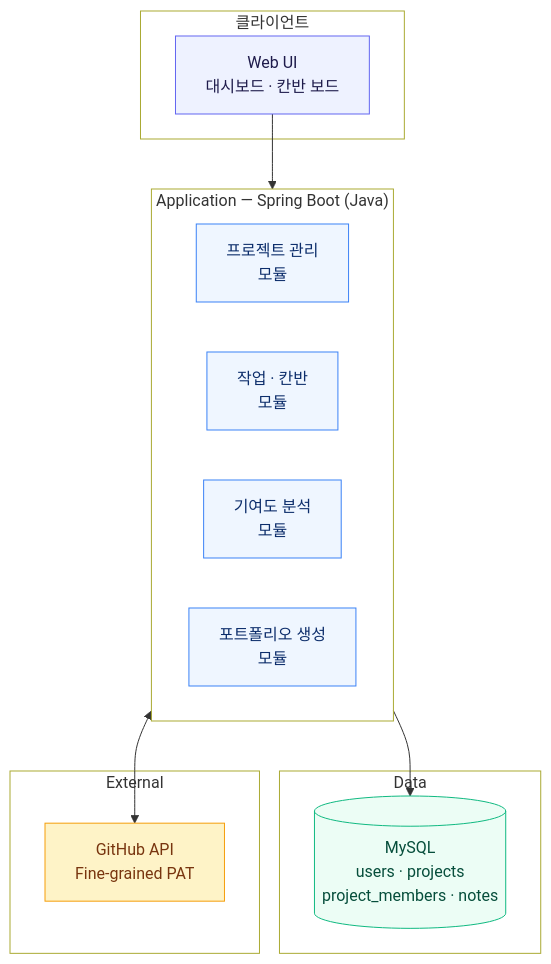
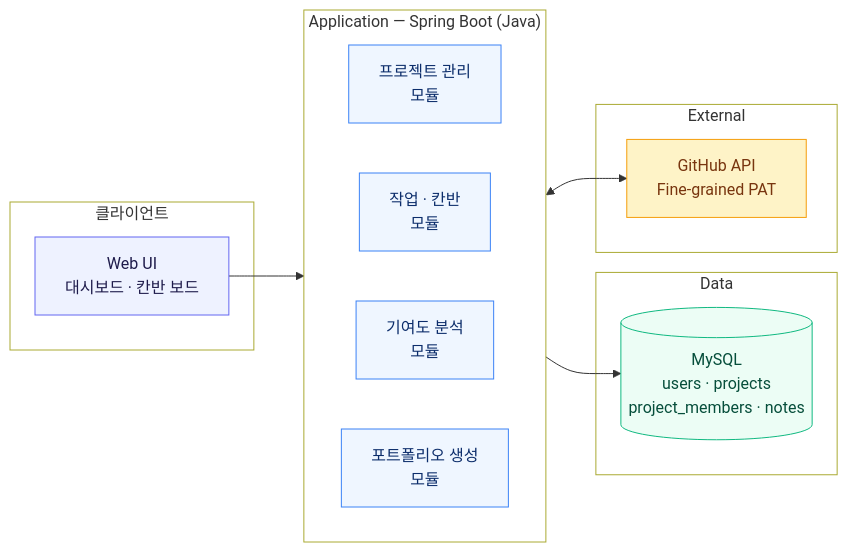
The fifth of 5 diagrams in PORTFOLIO.md (cjm0423/cjm0423), drawn with Mermaid before and after one commit.

````diff
--- a/PORTFOLIO.md
+++ b/PORTFOLIO.md
@@ -269,41 +269,41 @@
 ```mermaid
-flowchart TB
+flowchart LR
     subgraph CLIENT["클라이언트"]
         WEB["Web UI<br/>대시보드 · 칸반 보드"]
     end
  
     subgraph APP["Application — Spring Boot (Java)"]
         direction LR
         M1["프로젝트 관리<br/>모듈"]
         M2["작업 · 칸반<br/>모듈"]
         M3["기여도 분석<br/>모듈"]
         M4["포트폴리오 생성<br/>모듈"]
     end
  
     subgraph DATA["Data"]
         DB[("MySQL<br/>users · projects<br/>project_members · notes")]
     end
  
     subgraph EXT["External"]
         GH["GitHub API<br/>Fine-grained PAT"]
     end
  
     WEB --> APP
     APP --> DB
     M3 <--> GH
  
     style CLIENT fill:transparent
     style APP fill:transparent
     style DATA fill:transparent
     style EXT fill:transparent
  
     classDef client fill:#eef2ff,stroke:#6366f1,color:#1e1b4b
     classDef app fill:#eff6ff,stroke:#3b82f6,color:#0c2d6b
     classDef data fill:#ecfdf5,stroke:#10b981,color:#064e3b
     classDef ext fill:#fef3c7,stroke:#f59e0b,color:#78350f
  
     class WEB client
     class M1,M2,M3,M4 app
     class DB data
     class GH ext
 ```
````
